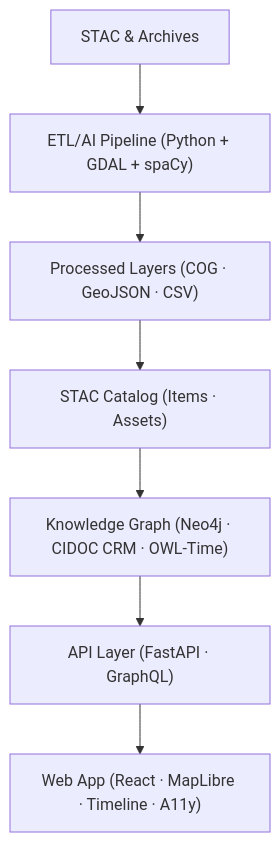
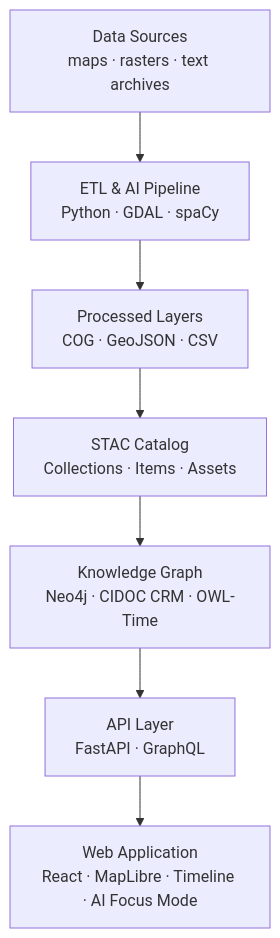
Before and after one commit to bartytime4life/Kansas-Frontier-Matrix: the first of 2 diagrams in web/ARCHITECTURE.md, drawn with Mermaid. The commit also changed other lines of this file, not shown here.

````diff
--- a/web/ARCHITECTURE.md
+++ b/web/ARCHITECTURE.md
@@ -127,9 +130,10 @@
 ```mermaid
 flowchart TD
-  A["STAC & Archives"] --> B["ETL/AI Pipeline (Python + GDAL + spaCy)"]
-  B --> C["Processed Layers (COG · GeoJSON · CSV)"]
-  C --> D["STAC Catalog (Items · Assets)"]
-  D --> E["Knowledge Graph (Neo4j · CIDOC CRM · OWL-Time)"]
-  E --> F["API Layer (FastAPI · GraphQL)"]
-  F --> G["Web App (React · MapLibre · Timeline · A11y)"]
+  A["Data Sources<br/>maps · rasters · text archives"]
+    --> B["ETL & AI Pipeline<br/>Python · GDAL · spaCy"]
+  B --> C["Processed Layers<br/>COG · GeoJSON · CSV"]
+  C --> D["STAC Catalog<br/>Collections · Items · Assets"]
+  D --> E["Knowledge Graph<br/>Neo4j · CIDOC CRM · OWL-Time"]
+  E --> F["API Layer<br/>FastAPI · GraphQL"]
+  F --> G["Web Application<br/>React · MapLibre · Timeline · AI Focus Mode"]
 ```
````
